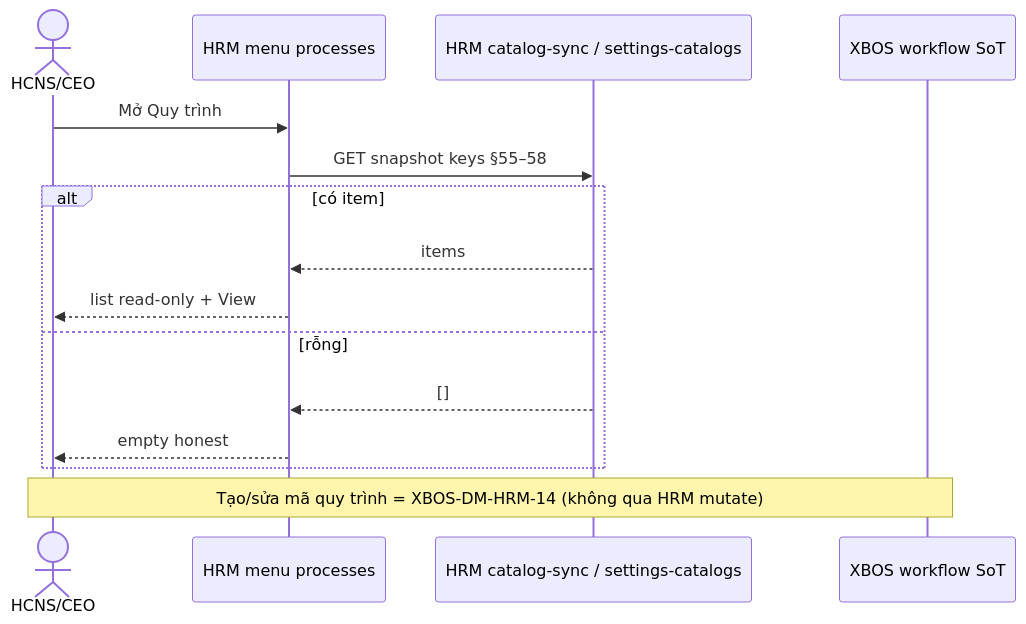
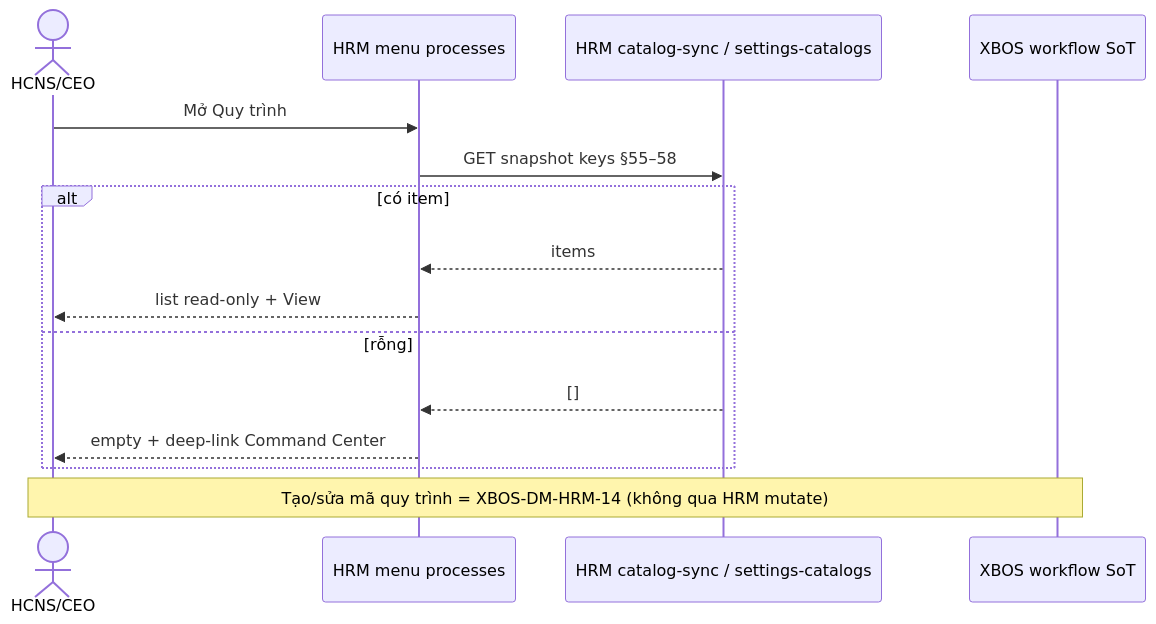
The seventh of 8 diagrams in docs/hrm/SRS.md (tuanna-maker/xevn-ecosystem), drawn with Mermaid before and after one commit. The commit also changed other lines of this file and 430 other files, not shown here.

````diff
--- a/docs/hrm/SRS.md
+++ b/docs/hrm/SRS.md
@@ -770,17 +785,17 @@
 ```mermaid
 sequenceDiagram
   actor User as HCNS/CEO
   participant HRM as HRM menu processes
   participant Cat as HRM catalog-sync / settings-catalogs
   participant XBOS as XBOS workflow SoT
   User->>HRM: Mở Quy trình
   HRM->>Cat: GET snapshot keys §55–58
   alt có item
     Cat-->>HRM: items
     HRM-->>User: list read-only + View
   else rỗng
     Cat-->>HRM: []
-    HRM-->>User: empty honest
+    HRM-->>User: empty + deep-link Command Center
   end
   Note over User,XBOS: Tạo/sửa mã quy trình = XBOS-DM-HRM-14 (không qua HRM mutate)
 ```
````
